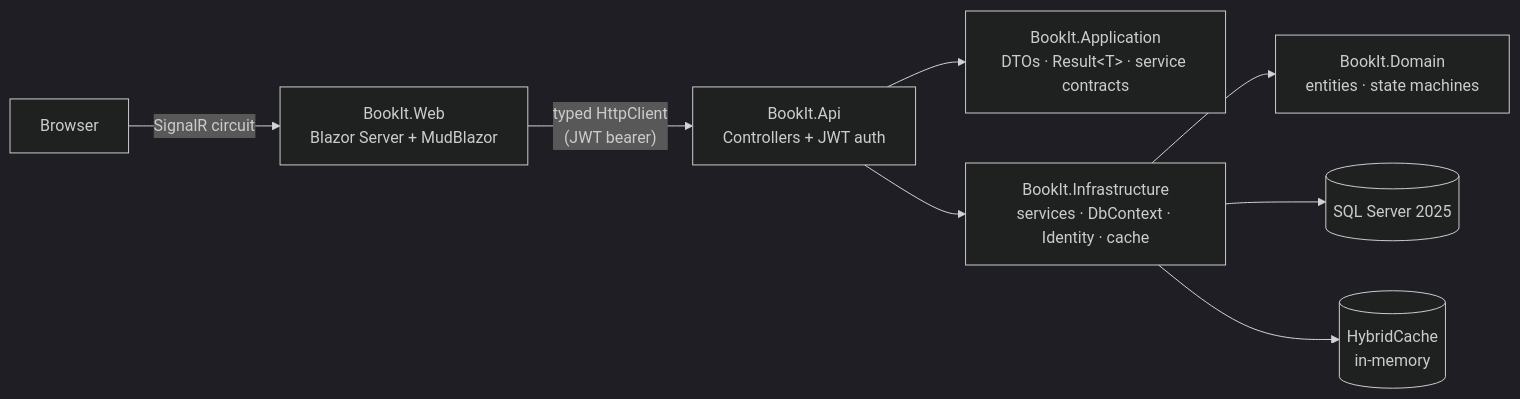
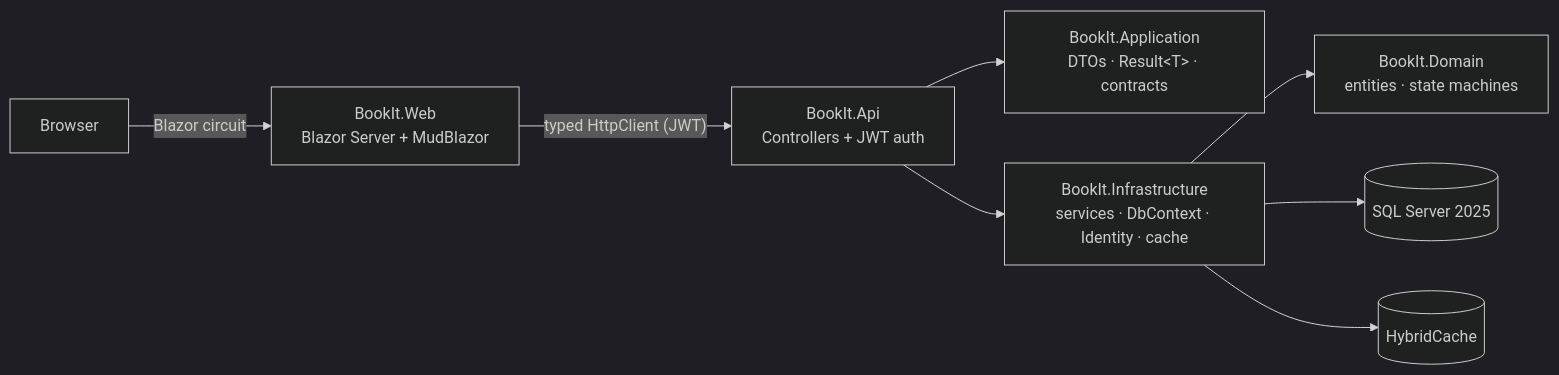
The diagram in README.md (kuki404/BookIt), drawn with Mermaid (dark theme) before and after one commit. The commit also changed other lines of this file, not shown here.

````diff
--- a/README.md
+++ b/README.md
@@ -29,10 +50,10 @@
 ```mermaid
 flowchart LR
-    Browser["Browser"] -- SignalR circuit --> Web["BookIt.Web<br/>Blazor Server + MudBlazor"]
-    Web -- "typed HttpClient<br/>(JWT bearer)" --> Api["BookIt.Api<br/>Controllers + JWT auth"]
-    Api --> App["BookIt.Application<br/>DTOs · Result&lt;T&gt; · service contracts"]
+    Browser["Browser"] -- Blazor circuit --> Web["BookIt.Web<br/>Blazor Server + MudBlazor"]
+    Web -- "typed HttpClient (JWT)" --> Api["BookIt.Api<br/>Controllers + JWT auth"]
+    Api --> App["BookIt.Application<br/>DTOs · Result&lt;T&gt; · contracts"]
     Api --> Infra["BookIt.Infrastructure<br/>services · DbContext · Identity · cache"]
     Infra --> Domain["BookIt.Domain<br/>entities · state machines"]
     Infra --> Db[("SQL Server 2025")]
-    Infra --> Cache[("HybridCache<br/>in-memory")]
+    Infra --> Cache[("HybridCache")]
 ```
````
